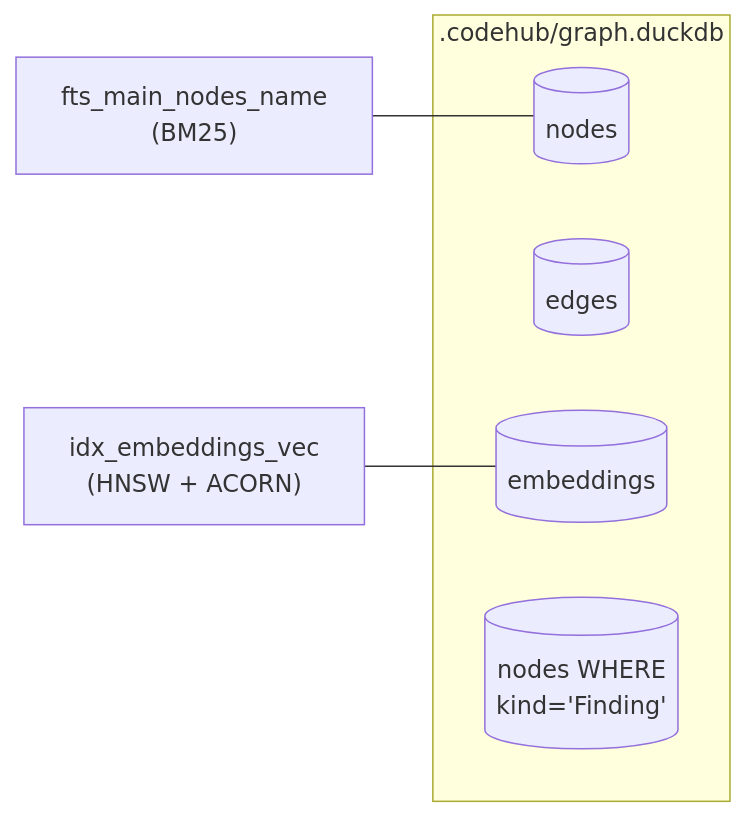
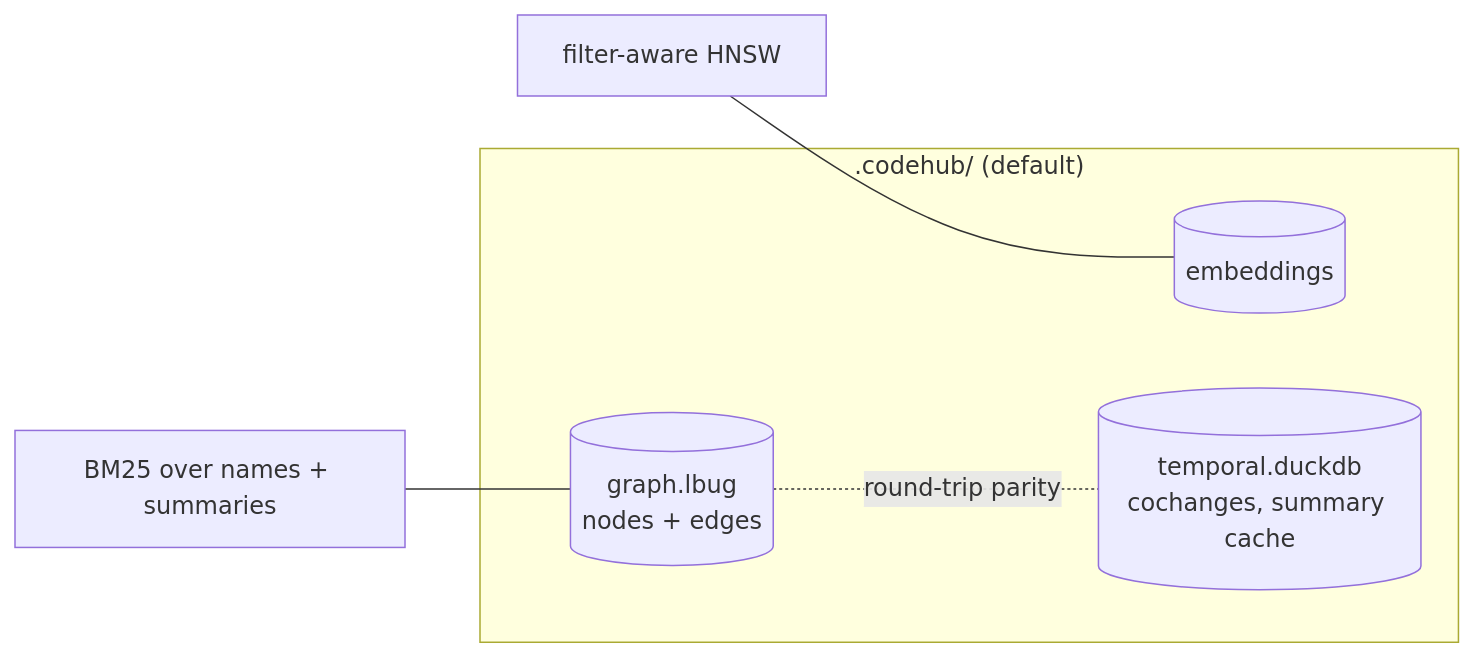
Before and after one commit to theagenticguy/opencodehub: the second of 2 diagrams in packages/docs/src/content/docs/architecture/overview.md, drawn with Mermaid. The commit also changed other lines of this file and 8 other files, not shown here.

````diff
--- a/packages/docs/src/content/docs/architecture/overview.md
+++ b/packages/docs/src/content/docs/architecture/overview.md
@@ -34,11 +40,11 @@
 ```mermaid
 flowchart LR
-  subgraph duckdb[".codehub/graph.duckdb"]
-    nodes[(nodes)]
-    edges[(edges)]
-    embeddings[(embeddings)]
-    findings[(nodes WHERE<br/>kind='Finding')]
+  subgraph lbug[".codehub/ (default)"]
+    nodes[(graph.lbug<br/>nodes + edges)]
+    embed[(embeddings)]
+    temporal[(temporal.duckdb<br/>cochanges, summary cache)]
   end
-  fts["fts_main_nodes_name<br/>(BM25)"] --- nodes
-  hnsw["idx_embeddings_vec<br/>(HNSW + ACORN)"] --- embeddings
+  fts["BM25 over names + summaries"] --- nodes
+  hnsw["filter-aware HNSW"] --- embed
+  nodes -. round-trip parity .- temporal
 ```
````
